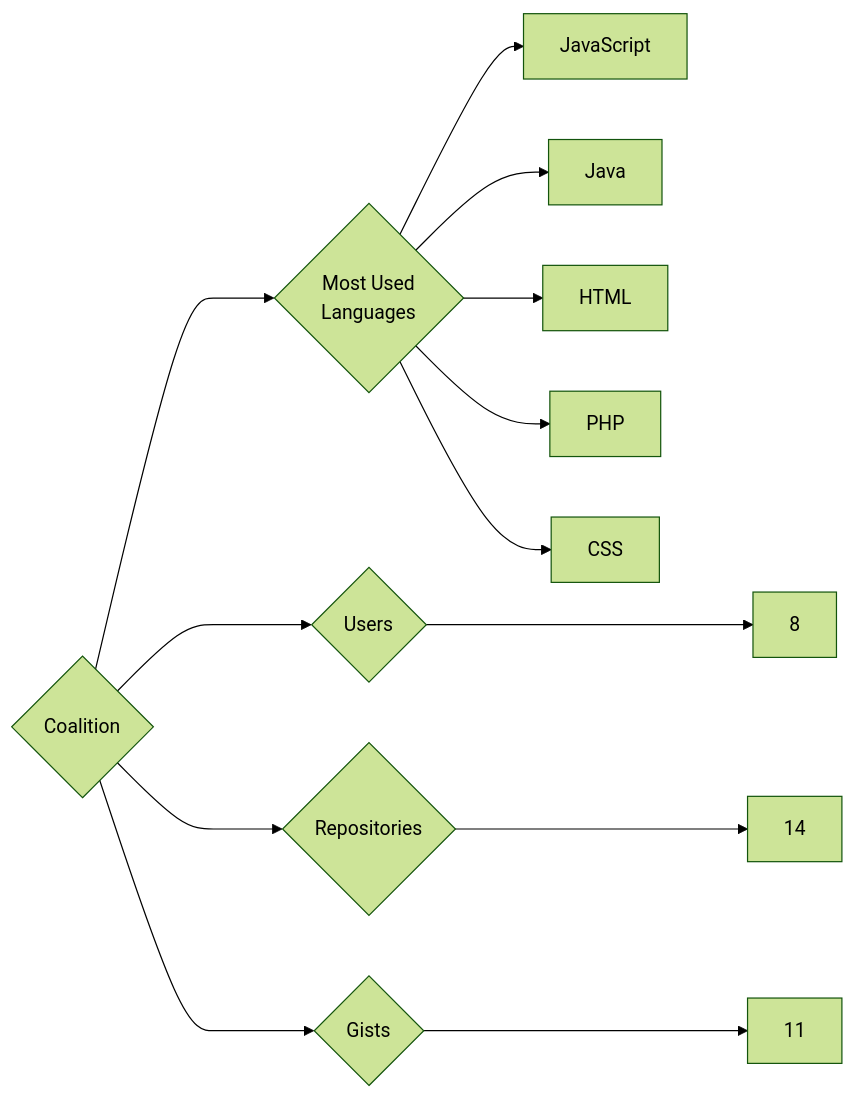
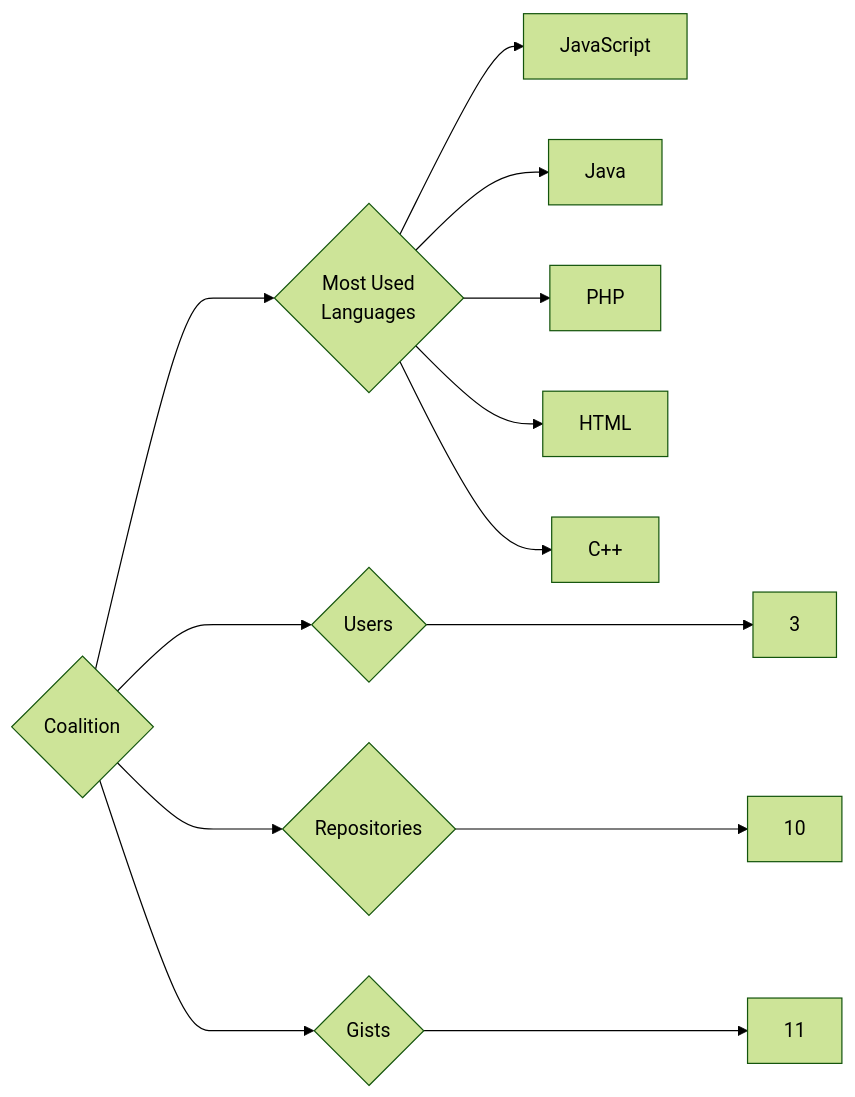
The diagram in targets/Coalition/README.md (trickest/insiders), drawn with Mermaid (forest theme) before and after one commit. The commit also changed 757 other files, not shown here.

````diff
--- a/targets/Coalition/README.md
+++ b/targets/Coalition/README.md
@@ -3,13 +3,13 @@
 ```mermaid
 graph LR
 COMPANY_NAME{Coalition}
-COMPANY_NAME ---> U{Users} ---> UN[8]
-COMPANY_NAME ---> R{Repositories} ---> RN[14]
+COMPANY_NAME ---> U{Users} ---> UN[3]
+COMPANY_NAME ---> R{Repositories} ---> RN[10]
 COMPANY_NAME ---> G{Gists} ---> GN[11]
 COMPANY_NAME ---> ML{Most Used<br>Languages}
 ML --> JavaScript[JavaScript]
 ML --> Java[Java]
+ML --> PHP[PHP]
 ML --> HTML[HTML]
-ML --> PHP[PHP]
-ML --> CSS[CSS]
+ML --> C++[C++]
 ```
````
